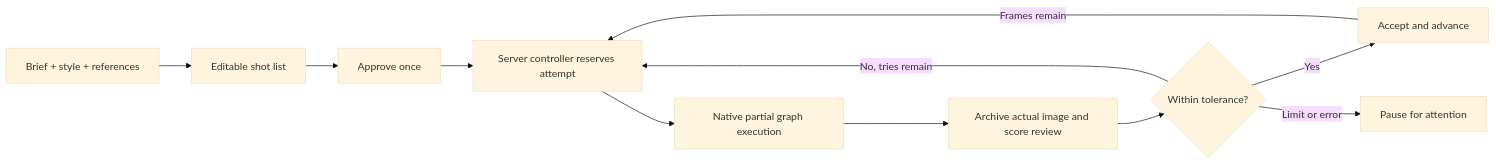
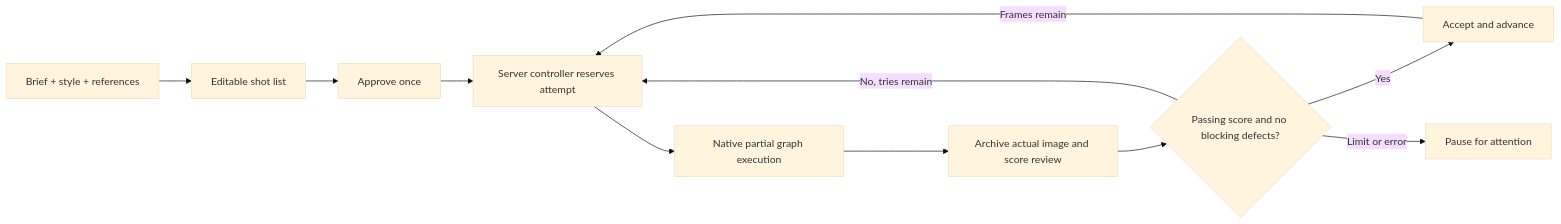
The diagram in docs/FOUNDRY_EXPERIMENT.md (Renz1998/ComfyUI-Prompt-Mage), drawn with Mermaid (base theme) before and after one commit. The commit also changed other lines of this file and 23 other files, not shown here.

````diff
--- a/docs/FOUNDRY_EXPERIMENT.md
+++ b/docs/FOUNDRY_EXPERIMENT.md
@@ -71,13 +67,13 @@
 ```mermaid
 flowchart LR
     A[Brief + style + references] --> B[Editable shot list]
     B --> C[Approve once]
     C --> D[Server controller reserves attempt]
     D --> E[Native partial graph execution]
     E --> F[Archive actual image and score review]
-    F --> G{Within tolerance?}
+    F --> G{Passing score and no blocking defects?}
     G -->|Yes| H[Accept and advance]
     H -->|Frames remain| D
     G -->|No, tries remain| D
     G -->|Limit or error| I[Pause for attention]
 ```
````
